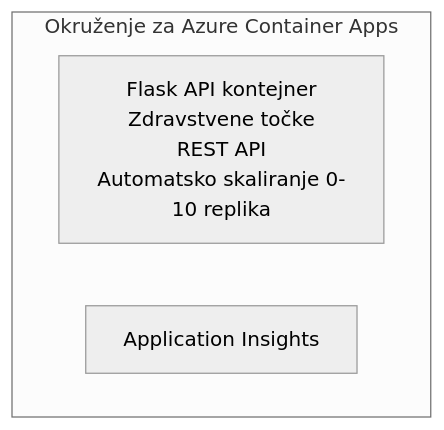
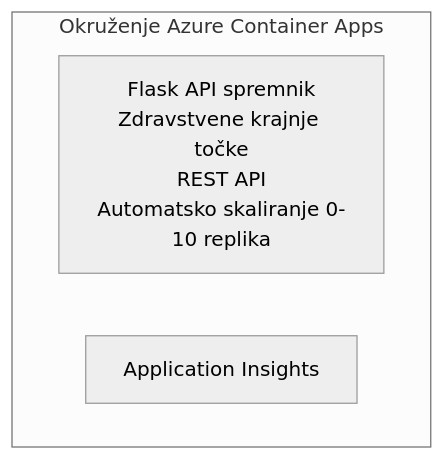
The diagram in translations/hr/examples/container-app/simple-flask-api/README.md (microsoft/AZD-for-beginners), drawn with Mermaid (neutral theme) before and after one commit. The commit also changed other lines of this file and 104 other files, not shown here.

````diff
--- a/translations/hr/examples/container-app/simple-flask-api/README.md
+++ b/translations/hr/examples/container-app/simple-flask-api/README.md
@@ -26,7 +26,7 @@
 ```mermaid
 graph TD
-    subgraph ACA[Okruženje za Azure Container Apps]
-        Flask[Flask API kontejner<br/>Zdravstvene točke<br/>REST API<br/>Automatsko skaliranje 0-10 replika]
+    subgraph ACA[Okruženje Azure Container Apps]
+        Flask[Flask API spremnik<br/>Zdravstvene krajnje točke<br/>REST API<br/>Automatsko skaliranje 0-10 replika]
         AppInsights[Application Insights]
     end
 ```
````
